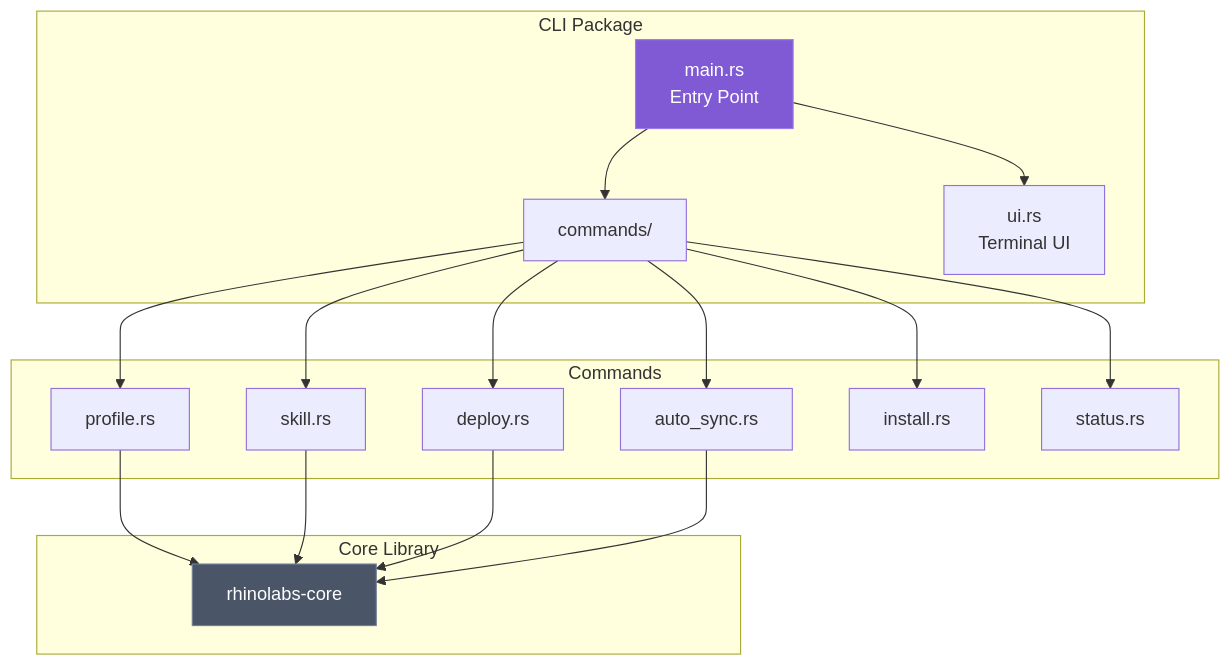
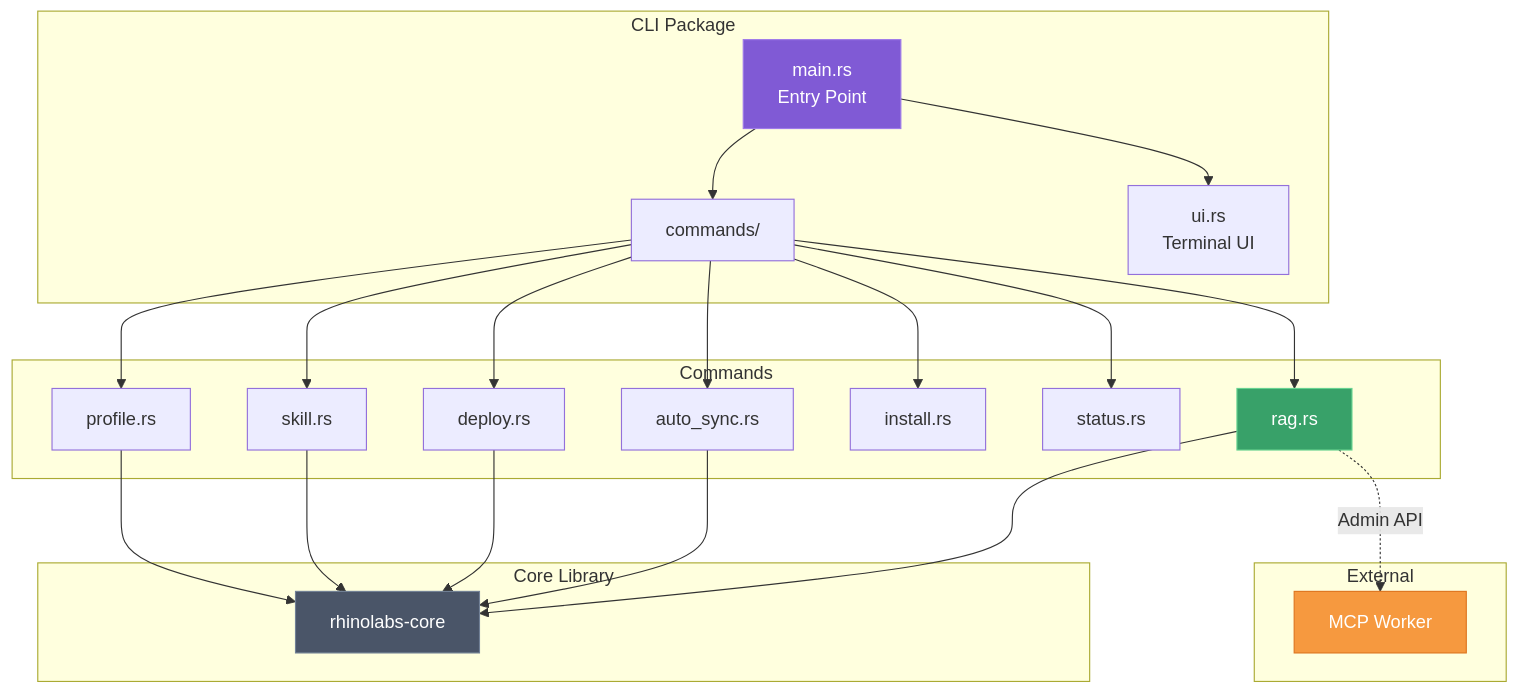
One commit to javiermontescarrera/rhinolabs-ai changed diagram 12 of 12 in cli/README.md. Above: the diagram before and after it, drawn with Mermaid. The commit also changed other lines of this file and 15 other files, not shown here.

First line of the commit message:
feat(rag): add per-project RAG memory via centralized MCP Worker

````diff
--- a/cli/README.md
+++ b/cli/README.md
@@ -440,37 +522,47 @@
 ```mermaid
 graph TB
     subgraph "CLI Package"
         MAIN[main.rs<br/>Entry Point]
         COMMANDS[commands/]
         UI[ui.rs<br/>Terminal UI]
     end
 
     subgraph "Commands"
         PROFILE_CMD[profile.rs]
         SKILL_CMD[skill.rs]
         DEPLOY_CMD[deploy.rs]
         AUTO_SYNC[auto_sync.rs]
         INSTALL_CMD[install.rs]
         STATUS_CMD[status.rs]
+        RAG_CMD[rag.rs]
     end
 
     subgraph "Core Library"
         CORE[rhinolabs-core]
+    end
+
+    subgraph "External"
+        MCP[MCP Worker]
     end
 
     MAIN --> COMMANDS
     MAIN --> UI
     COMMANDS --> PROFILE_CMD
     COMMANDS --> SKILL_CMD
     COMMANDS --> DEPLOY_CMD
     COMMANDS --> AUTO_SYNC
     COMMANDS --> INSTALL_CMD
     COMMANDS --> STATUS_CMD
+    COMMANDS --> RAG_CMD
     PROFILE_CMD --> CORE
     SKILL_CMD --> CORE
     DEPLOY_CMD --> CORE
     AUTO_SYNC --> CORE
+    RAG_CMD --> CORE
+    RAG_CMD -.->|Admin API| MCP
 
     style MAIN fill:#805ad5,stroke:#9f7aea,color:#fff
     style CORE fill:#4a5568,stroke:#718096,color:#fff
+    style RAG_CMD fill:#38a169,stroke:#68d391,color:#fff
+    style MCP fill:#f6993f,stroke:#de751f,color:#fff
 ```
````
